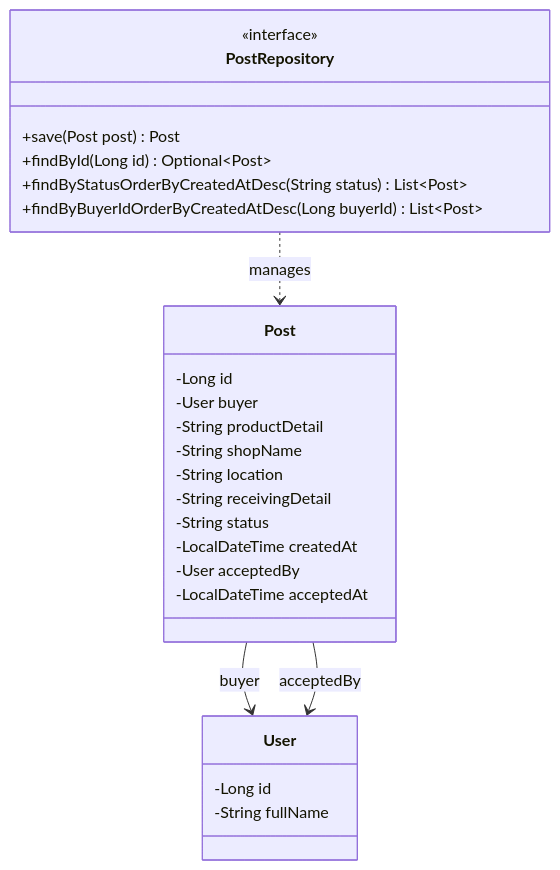
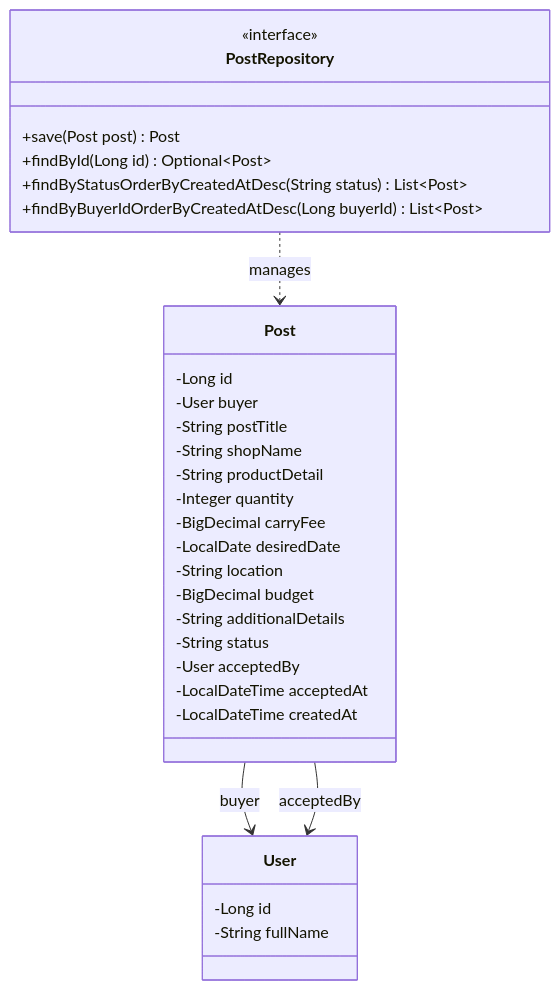
Before and after one commit to BlackyB0o/CS261_650001_group5: the third of 5 diagrams in docs/task-12/README.md, drawn with Mermaid. The commit also changed other lines of this file and 7 other files, not shown here.

Commit message:
added post API, DTO, entity, repository (align post fields with schema.sql)

````diff
--- a/docs/task-12/README.md
+++ b/docs/task-12/README.md
@@ -273,29 +291,34 @@
 ```mermaid
 classDiagram
     class PostRepository {
         <<interface>>
         +save(Post post) Post
         +findById(Long id) Optional~Post~
         +findByStatusOrderByCreatedAtDesc(String status) List~Post~
         +findByBuyerIdOrderByCreatedAtDesc(Long buyerId) List~Post~
     }
     class Post {
         -Long id
         -User buyer
+        -String postTitle
+        -String shopName
         -String productDetail
-        -String shopName
+        -Integer quantity
+        -BigDecimal carryFee
+        -LocalDate desiredDate
         -String location
-        -String receivingDetail
+        -BigDecimal budget
+        -String additionalDetails
         -String status
-        -LocalDateTime createdAt
         -User acceptedBy
         -LocalDateTime acceptedAt
+        -LocalDateTime createdAt
     }
     class User {
         -Long id
         -String fullName
     }
     PostRepository ..> Post : manages
     Post --> User : buyer
     Post --> User : acceptedBy
 ```
````
